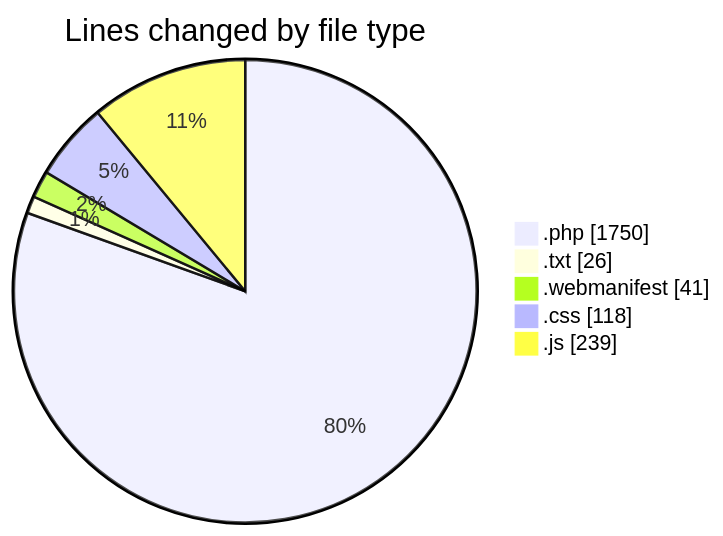
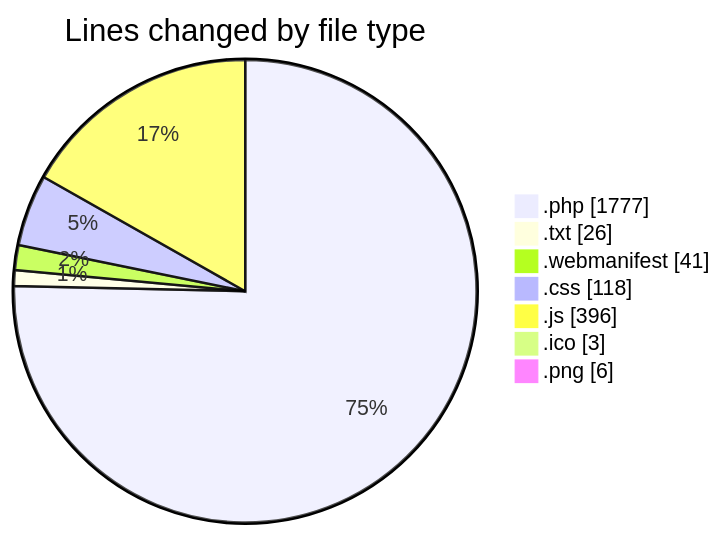
One commit to lephambinh05/code-tracking changed the first of 2 diagrams in 2025-08-20/quytuthien_vn/README.md. Above: the diagram before and after it, drawn with Mermaid. The commit also changed other lines of this file and 1 other file, not shown here.

````diff
--- a/2025-08-20/quytuthien_vn/README.md
+++ b/2025-08-20/quytuthien_vn/README.md
@@ -63,9 +68,11 @@
 ```mermaid
 pie showData
 title Lines changed by file type
-".php" : 1750
+".php" : 1777
 ".txt" : 26
 ".webmanifest" : 41
 ".css" : 118
-".js" : 239
+".js" : 396
+".ico" : 3
+".png" : 6
 ```
````
